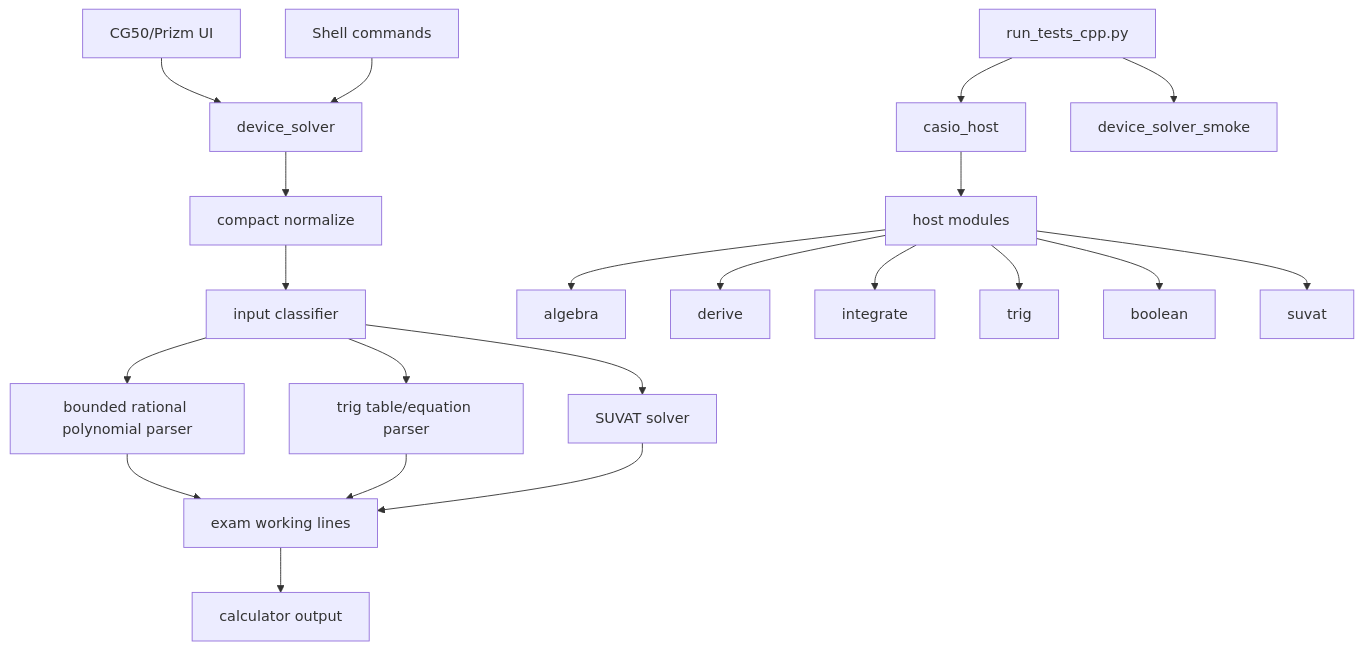
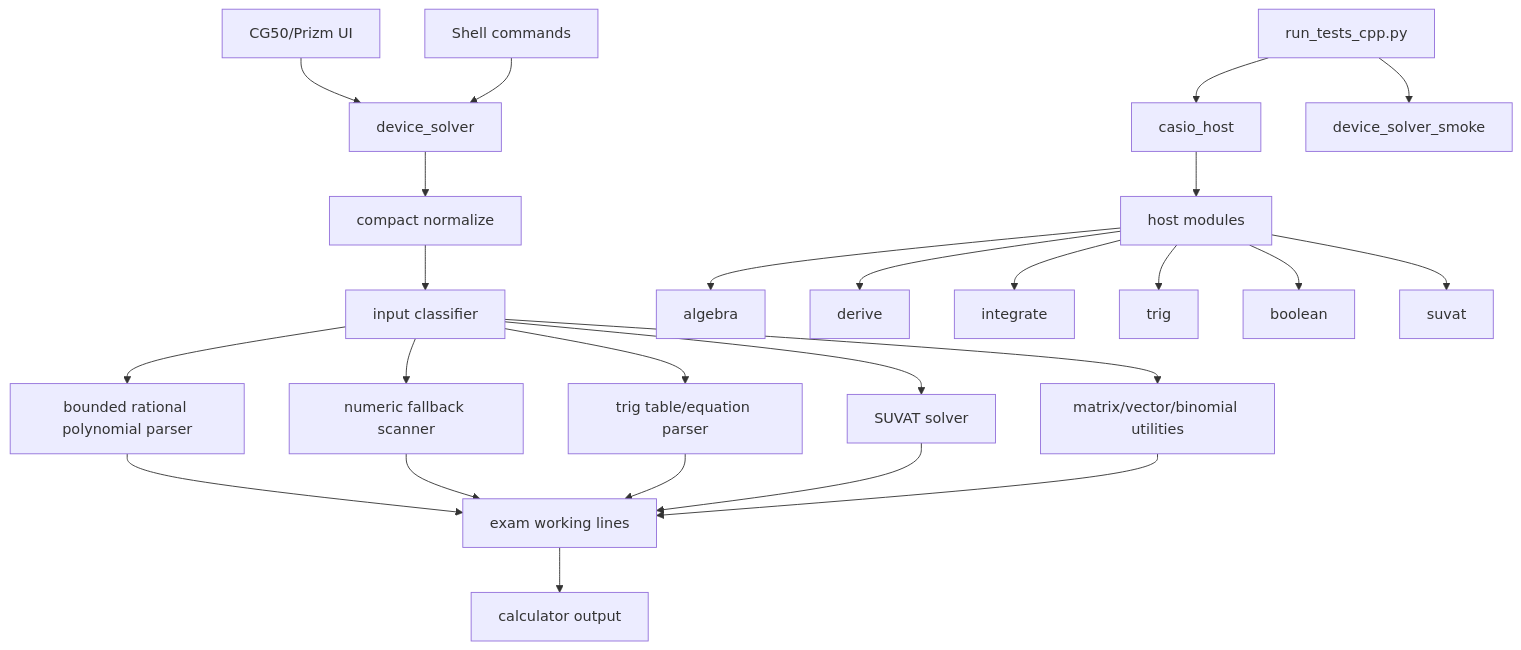
The first of 3 diagrams in c++/GRAPH.md (james8464/notes-addin-casio-fx-cg50), drawn with Mermaid before and after one commit. The commit also changed other lines of this file and 11 other files, not shown here.

````diff
--- a/c++/GRAPH.md
+++ b/c++/GRAPH.md
@@ -3,24 +3,28 @@
 ```mermaid
 graph TD
   UI["CG50/Prizm UI"] --> DS["device_solver"]
   Shell["Shell commands"] --> DS
   DS --> Norm["compact normalize"]
   Norm --> Cls["input classifier"]
   Cls --> Poly["bounded rational polynomial parser"]
+  Cls --> Num["numeric fallback scanner"]
   Cls --> Trig["trig table/equation parser"]
   Cls --> Suvat["SUVAT solver"]
+  Cls --> Util["matrix/vector/binomial utilities"]
   Poly --> Work["exam working lines"]
+  Num --> Work
   Trig --> Work
   Suvat --> Work
+  Util --> Work
   Work --> Screen["calculator output"]
 
   Host["casio_host"] --> Mods["host modules"]
   Mods --> Alg["algebra"]
   Mods --> Der["derive"]
   Mods --> Int["integrate"]
   Mods --> TrigH["trig"]
   Mods --> Bool["boolean"]
   Mods --> SuvatH["suvat"]
   Tests["run_tests_cpp.py"] --> Host
   Tests --> Smoke["device_solver_smoke"]
 ```
````
